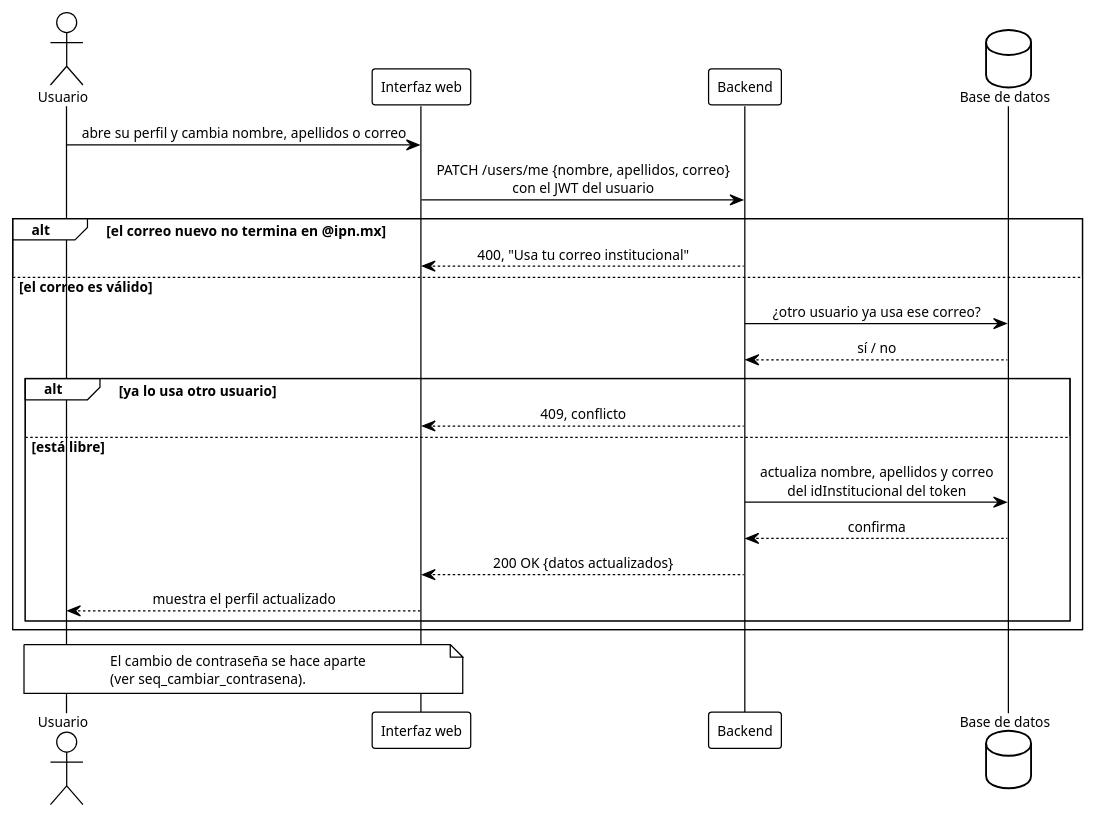
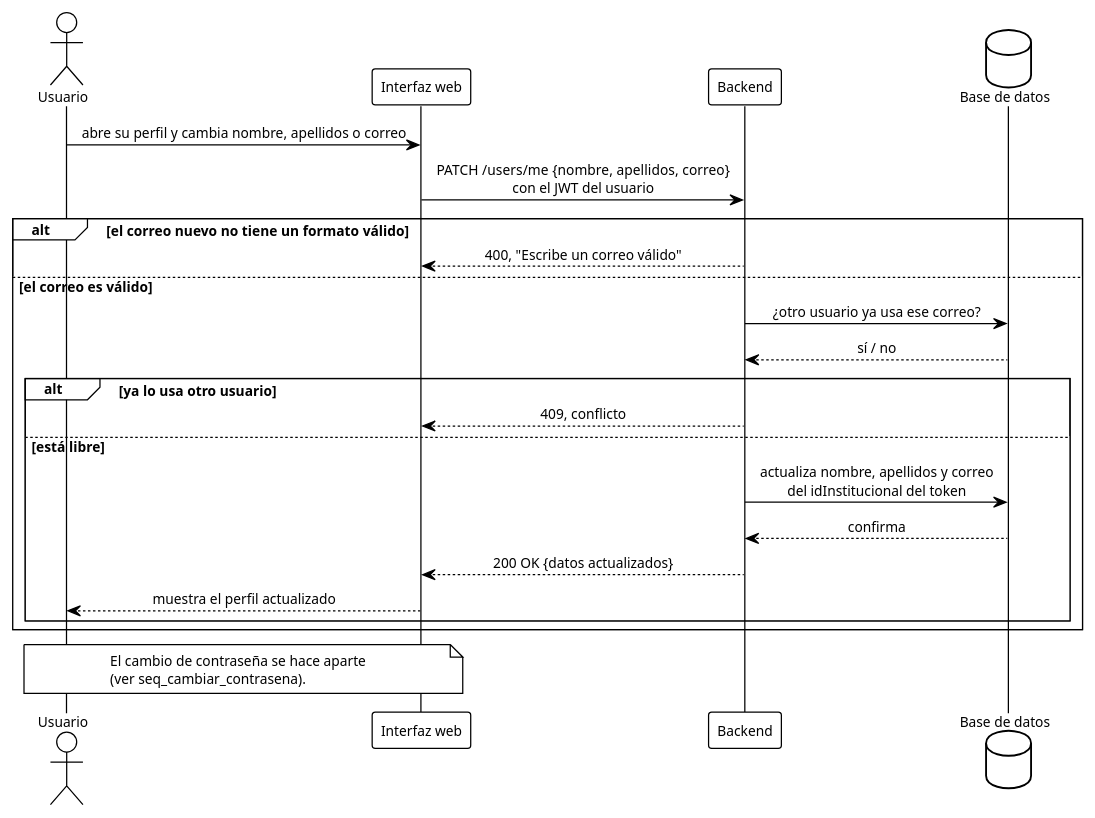
One commit to ErickJester/fst-ai-system-latex changed diagram 28 of 38 in INSTRUCCIONES-WEB.md. Above: the diagram before and after it, drawn with PlantUML. The commit also changed other lines of this file and 35 other files, not shown here.

````diff
--- a/INSTRUCCIONES-WEB.md
+++ b/INSTRUCCIONES-WEB.md
@@ -2093,34 +2100,34 @@
 ```plantuml
 @startuml seq_perfil
 !theme plain
 skinparam defaultFontName Arial
 skinparam defaultFontSize 11
 skinparam shadowing false
 skinparam sequenceMessageAlign center
 actor Usuario as u
 participant "Interfaz web" as ui
 participant Backend as api
 database "Base de datos" as db
 
 u -> ui: abre su perfil y cambia nombre, apellidos o correo
 ui -> api: PATCH /users/me {nombre, apellidos, correo}\ncon el JWT del usuario
-alt el correo nuevo no termina en @ipn.mx
-  api --> ui: 400, "Usa tu correo institucional"
+alt el correo nuevo no tiene un formato válido
+  api --> ui: 400, "Escribe un correo válido"
 else el correo es válido
   api -> db: ¿otro usuario ya usa ese correo?
   db --> api: sí / no
   alt ya lo usa otro usuario
     api --> ui: 409, conflicto
   else está libre
     api -> db: actualiza nombre, apellidos y correo\ndel idInstitucional del token
     db --> api: confirma
     api --> ui: 200 OK {datos actualizados}
     ui --> u: muestra el perfil actualizado
   end
 end
 note over u, ui
   El cambio de contraseña se hace aparte
   (ver seq_cambiar_contrasena).
 end note
 @enduml
 ```
````
